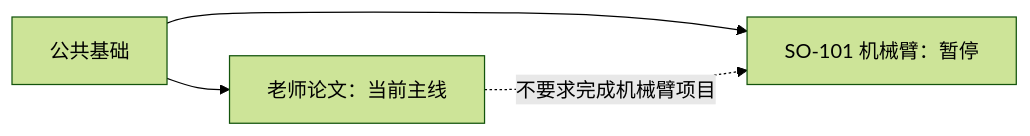
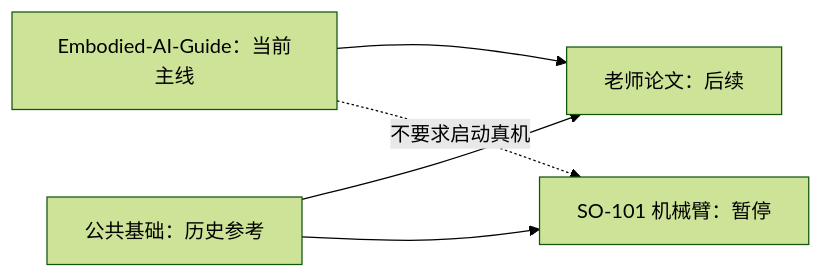
Before and after one commit to Scaramcci/Embodied-AI-Study: the diagram in planning/README.md, drawn with Mermaid (forest theme). The commit also changed other lines of this file and 4 other files, not shown here.

````diff
--- a/planning/README.md
+++ b/planning/README.md
@@ -11,6 +12,7 @@
 ```mermaid
 flowchart LR
-  F["公共基础"] --> P["老师论文：当前主线"]
+  G["Embodied-AI-Guide：当前主线"] --> P["老师论文：后续"]
+  F["公共基础：历史参考"] --> P
   F --> R["SO-101 机械臂：暂停"]
-  P -."不要求完成机械臂项目".-> R
+  G -."不要求启动真机".-> R
 ```
````
